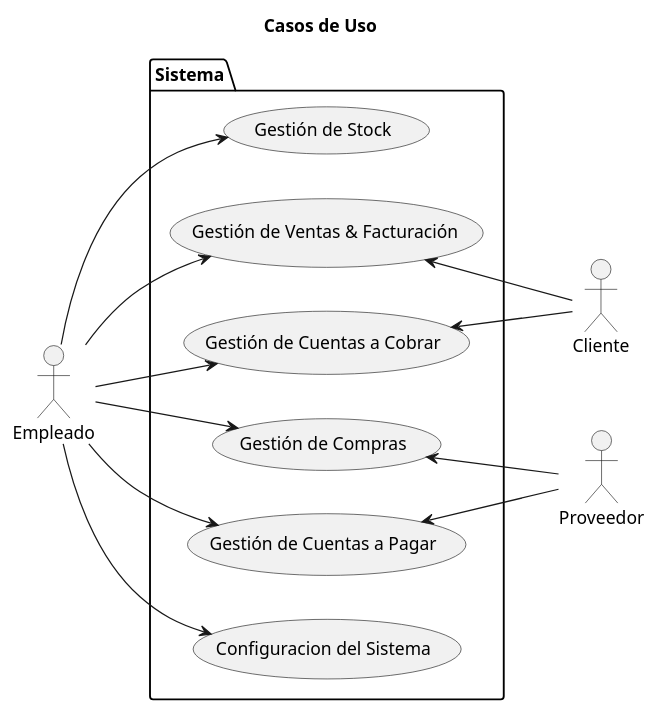
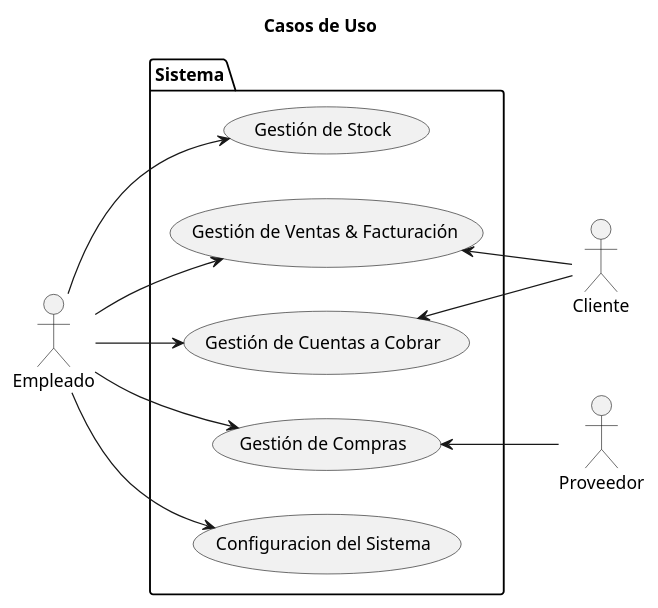
Before and after one commit to marcelolezcanodev/GarageGuru: the diagram in Diagramas/casos_de_uso_nivel_0.plantuml, drawn with PlantUML. The commit also changed 28 other files, not shown here.

Commit message:
Agregar mas diagramas de actividades

```diff
--- a/Diagramas/casos_de_uso_nivel_0.plantuml
+++ b/Diagramas/casos_de_uso_nivel_0.plantuml
@@ -1,33 +1,33 @@
 @startuml usecase
 
 left to right direction
 
 title Casos de Uso
 
 actor Empleado as Emp
 actor Cliente as Cli
 actor Proveedor as Pro
 
 package Sistema {
     USECASE "Gestión de Stock" as UC_Stk
     USECASE "Gestión de Ventas & Facturación" as UC_Ventas
     USECASE "Gestión de Cuentas a Cobrar" as UC_Cobros
     USECASE "Gestión de Compras" as UC_Compras
-    USECASE "Gestión de Cuentas a Pagar" as UC_Pagos
+    'USECASE "Gestión de Cuentas a Pagar" as UC_Pagos
     USECASE "Configuracion del Sistema" as UC_Config
 }
 
 Emp --> UC_Stk
 Emp --> UC_Ventas
 Emp --> UC_Cobros
 Emp --> UC_Compras
-Emp --> UC_Pagos
+'Emp --> UC_Pagos
 Emp --> UC_Config
 
 UC_Ventas <-- Cli
 UC_Cobros <-- Cli
 
 UC_Compras <-- Pro
-UC_Pagos <-- Pro
+'UC_Pagos <-- Pro
 
 @enduml
```
